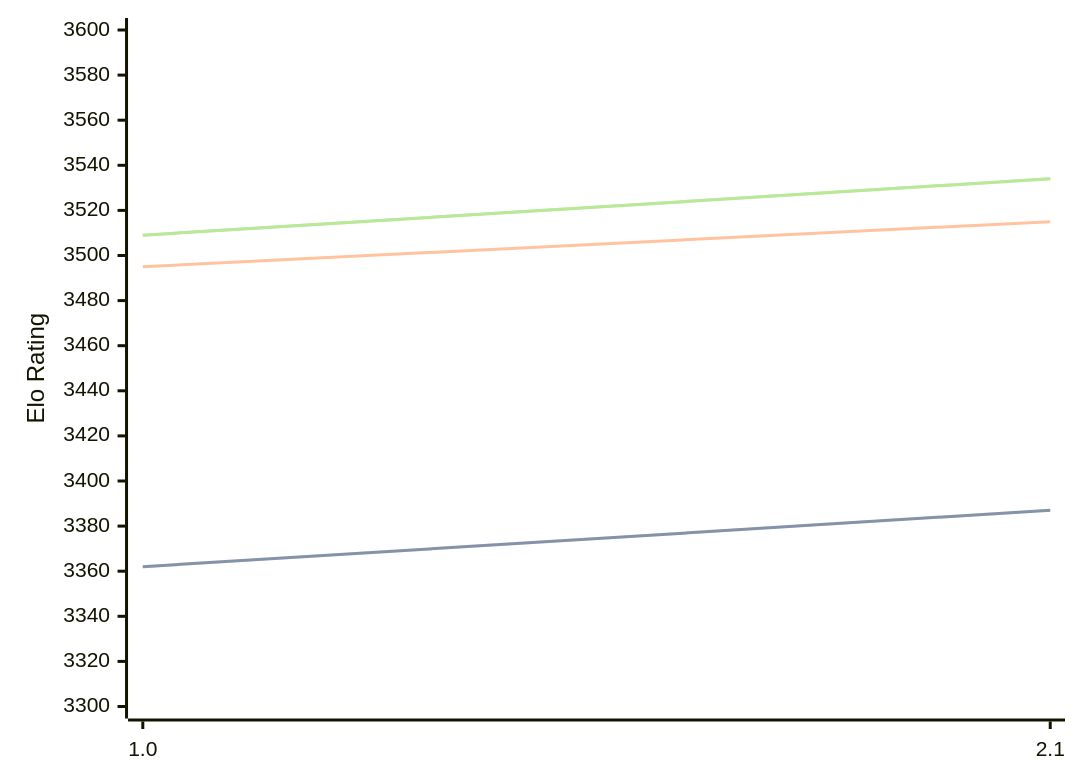
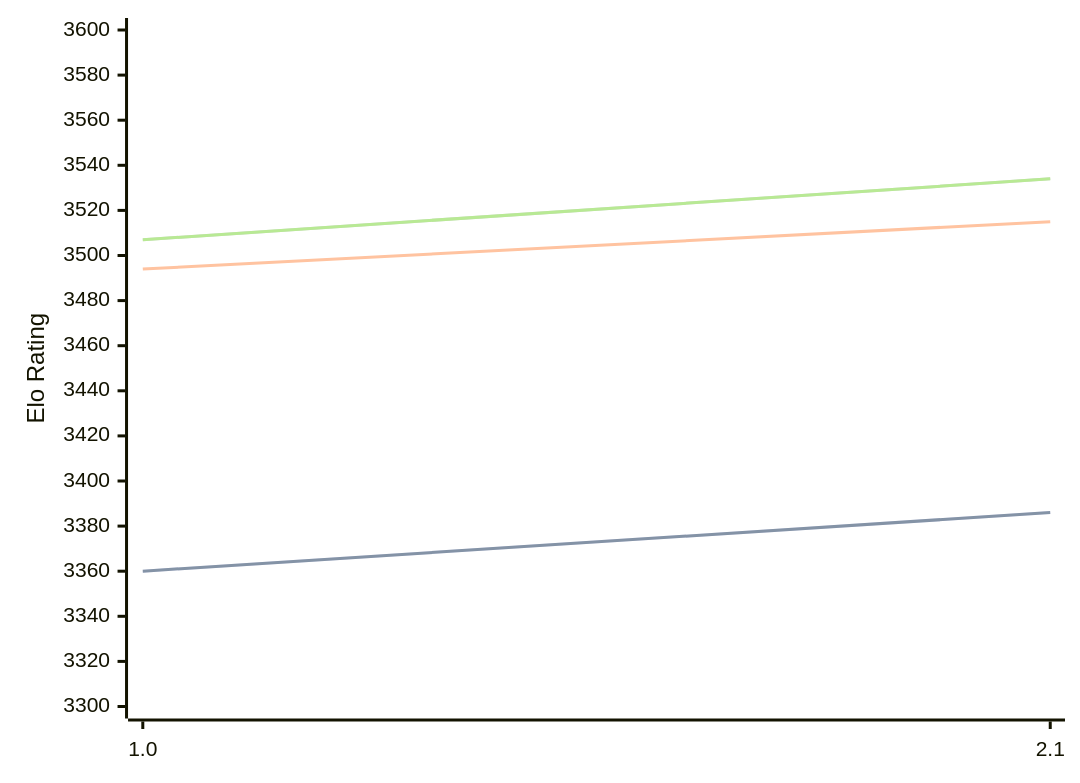
One commit to computer-chess-index/cci changed the first of 3 diagrams in engines/Hobbes.md. Above: the diagram before and after it, drawn with Mermaid. The commit also changed other lines of this file, not shown here.

Commit message:
Update CCI Ratings (ELO VLTC) - 2026-07-15

````diff
--- a/engines/Hobbes.md
+++ b/engines/Hobbes.md
@@ -33,11 +33,11 @@
 ```mermaid
 %%{init: {"theme":"base","themeVariables":{"seriesColors:['#a3a3a3','#222221','#faa371']}}}%%
 xychart-beta
   x-axis ["1.0", "2.1"]
   y-axis "Elo Rating" 3300 --> 3600
-  line "STC (8.0+0.08s)" [3362, 3387]
-  line "STC (8.0+0.08s)" [3362, 3387]
-  line "LTC (60.0+0.60s)" [3495, 3515]
-  line "VLTC (2m24s+1.12s)" [3509, 3534]
-  line "VLTC (2m24s+1.12s)" [3509, 3534]
+  line "STC (8.0+0.08s)" [3360, 3386]
+  line "STC (8.0+0.08s)" [3360, 3386]
+  line "LTC (60.0+0.60s)" [3494, 3515]
+  line "VLTC (2m24s+1.12s)" [3507, 3534]
+  line "VLTC (2m24s+1.12s)" [3507, 3534]
 ```
````
